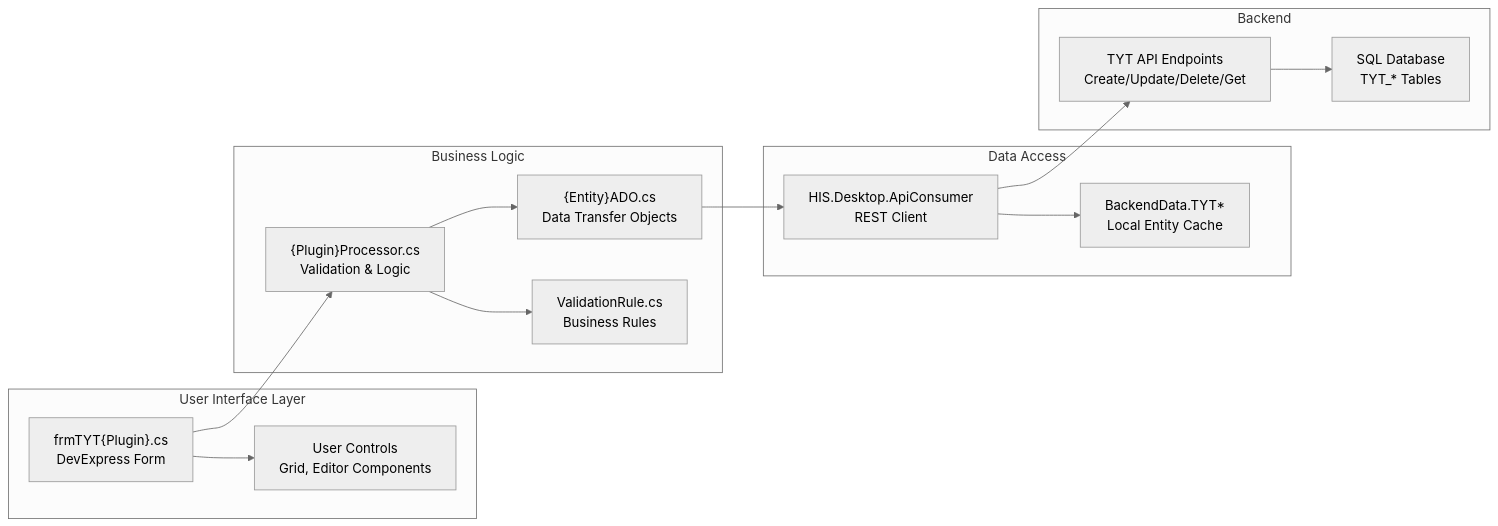
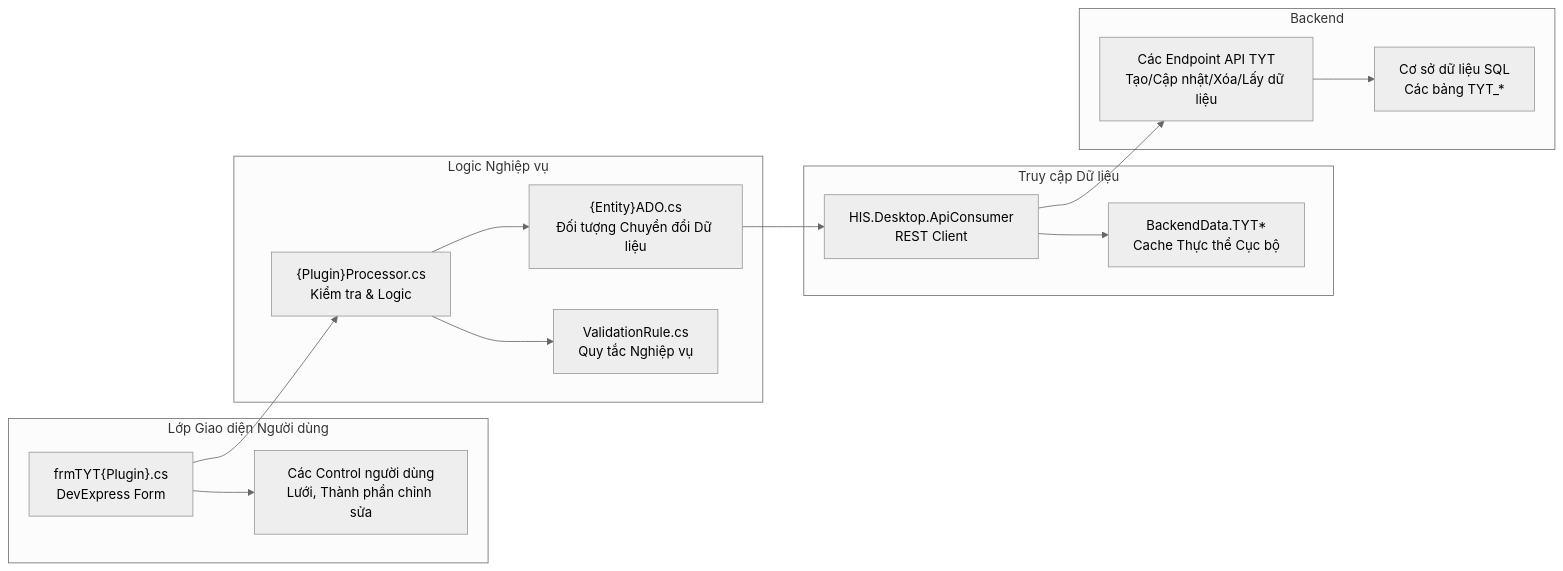
One commit to thangpnb/HIS changed the eighth of 9 diagrams in docs/his-ba-documentation/03-business-domains/laboratory/lis-plugins.md. Above: the diagram before and after it, drawn with Mermaid (neutral theme). The commit also changed other lines of this file and 30 other files, not shown here.

Commit message:
Refactor architecture docs and update translations

````diff
--- a/docs/his-ba-documentation/03-business-domains/laboratory/lis-plugins.md
+++ b/docs/his-ba-documentation/03-business-domains/laboratory/lis-plugins.md
@@ -1475,32 +1440,32 @@
 ```mermaid
 graph LR
-    subgraph "User Interface Layer"
+    subgraph "Lớp Giao diện Người dùng"
         Form["frmTYT{Plugin}.cs<br/>DevExpress Form"]
-        UC["User Controls<br/>Grid, Editor Components"]
+        UC["Các Control người dùng<br/>Lưới, Thành phần chỉnh sửa"]
     end
     
-    subgraph "Business Logic"
-        Processor["{Plugin}Processor.cs<br/>Validation & Logic"]
-        ADO["{Entity}ADO.cs<br/>Data Transfer Objects"]
-        ValidationRule["ValidationRule.cs<br/>Business Rules"]
+    subgraph "Logic Nghiệp vụ"
+        Processor["{Plugin}Processor.cs<br/>Kiểm tra & Logic"]
+        ADO["{Entity}ADO.cs<br/>Đối tượng Chuyển đổi Dữ liệu"]
+        ValidationRule["ValidationRule.cs<br/>Quy tắc Nghiệp vụ"]
     end
     
-    subgraph "Data Access"
+    subgraph "Truy cập Dữ liệu"
         ApiConsumer["HIS.Desktop.ApiConsumer<br/>REST Client"]
-        LocalCache["BackendData.TYT*<br/>Local Entity Cache"]
+        LocalCache["BackendData.TYT*<br/>Cache Thực thể Cục bộ"]
     end
     
     subgraph "Backend"
-        TytEndpoints["TYT API Endpoints<br/>Create/Update/Delete/Get"]
-        Database["SQL Database<br/>TYT_* Tables"]
+        TytEndpoints["Các Endpoint API TYT<br/>Tạo/Cập nhật/Xóa/Lấy dữ liệu"]
+        Database["Cơ sở dữ liệu SQL<br/>Các bảng TYT_*"]
     end
     
     Form --> UC
     Form --> Processor
     Processor --> ValidationRule
     Processor --> ADO
     ADO --> ApiConsumer
     ApiConsumer --> LocalCache
     ApiConsumer --> TytEndpoints
     TytEndpoints --> Database
 ```
````
